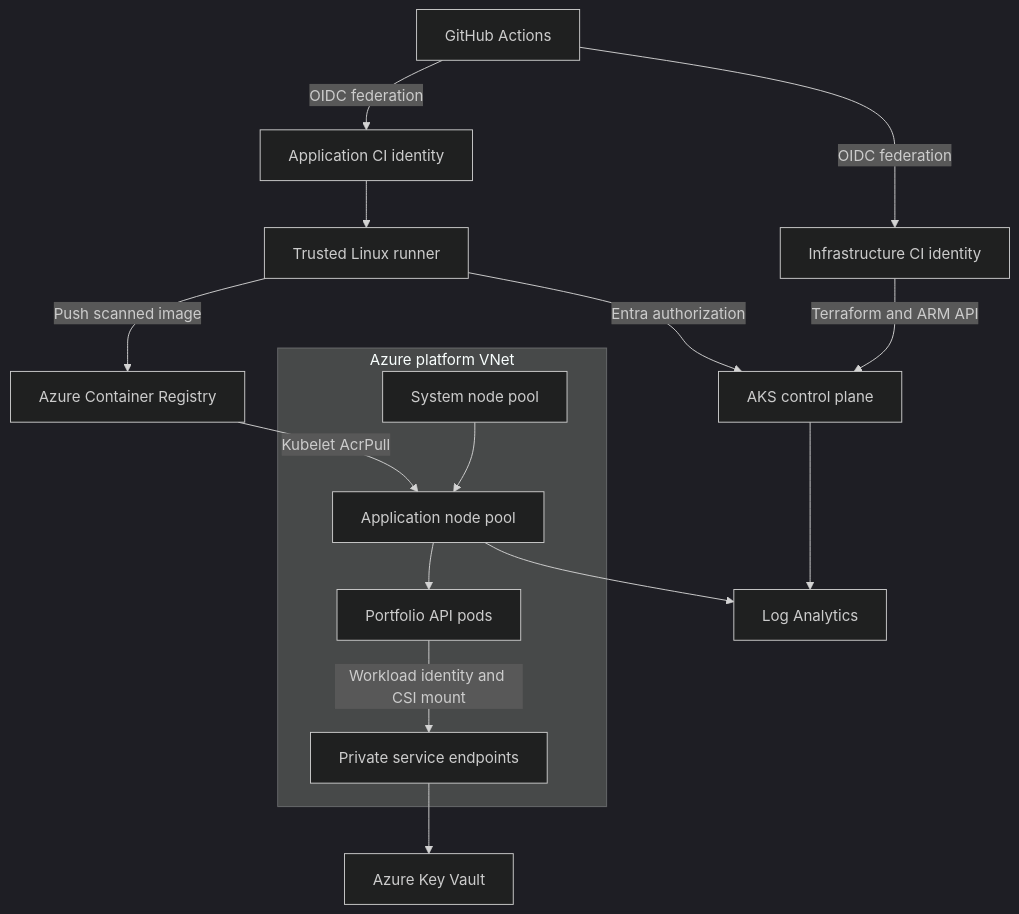
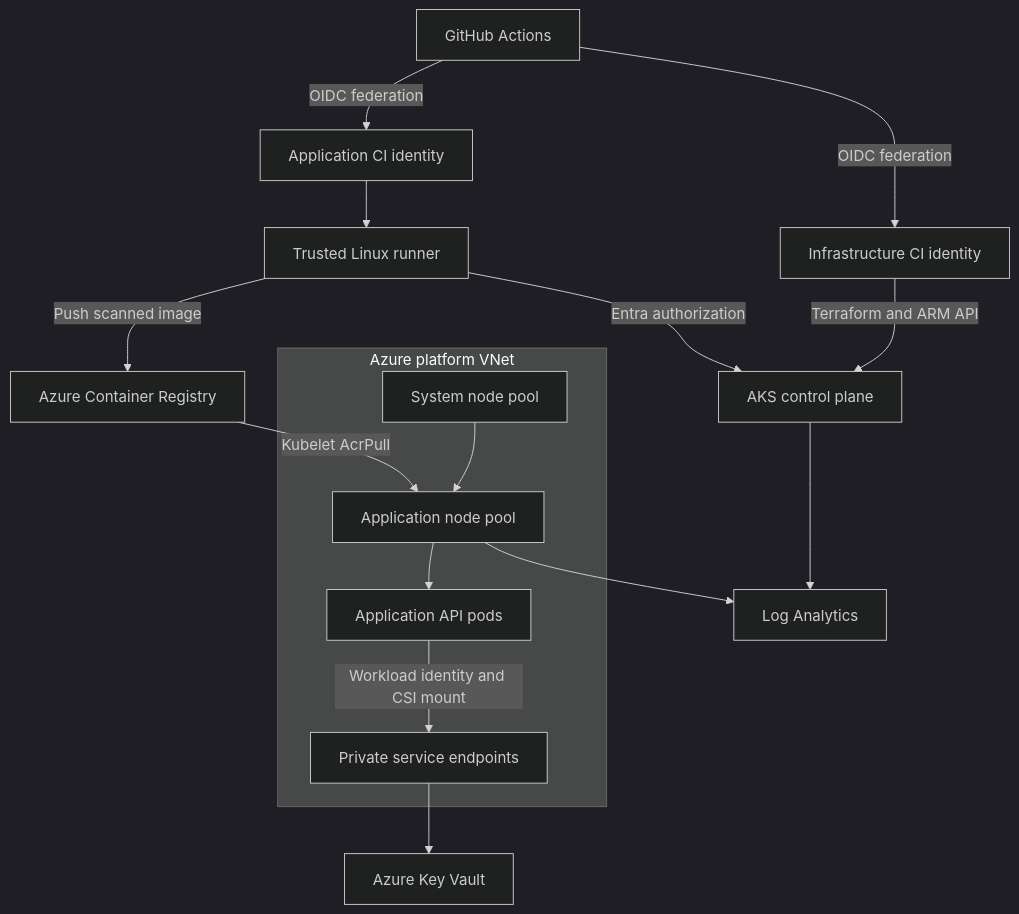
Before and after one commit to dotman01k/azure-client: the diagram in advanced-aks/README.md, drawn with Mermaid (dark theme). The commit also changed other lines of this file, not shown here.

````diff
--- a/advanced-aks/README.md
+++ b/advanced-aks/README.md
@@ -61,22 +61,22 @@
 ```mermaid
 flowchart TD
   GitHub[GitHub Actions] -->|OIDC federation| Infra[Infrastructure CI identity]
   GitHub -->|OIDC federation| Release[Application CI identity]
   Infra -->|Terraform and ARM API| Control[AKS control plane]
   Release --> Runner[Trusted Linux runner]
   Runner -->|Push scanned image| Registry[Azure Container Registry]
   Runner -->|Entra authorization| Control
   subgraph Network[Azure platform VNet]
     System[System node pool]
     Apps[Application node pool]
-    Service[Portfolio API pods]
+    Service[Application API pods]
     Private[Private service endpoints]
     System --> Apps
     Apps --> Service
     Service -->|Workload identity and CSI mount| Private
   end
   Registry -->|Kubelet AcrPull| Apps
   Private --> Vault[Azure Key Vault]
   Control --> Logs[Log Analytics]
   Apps --> Logs
 ```
````
